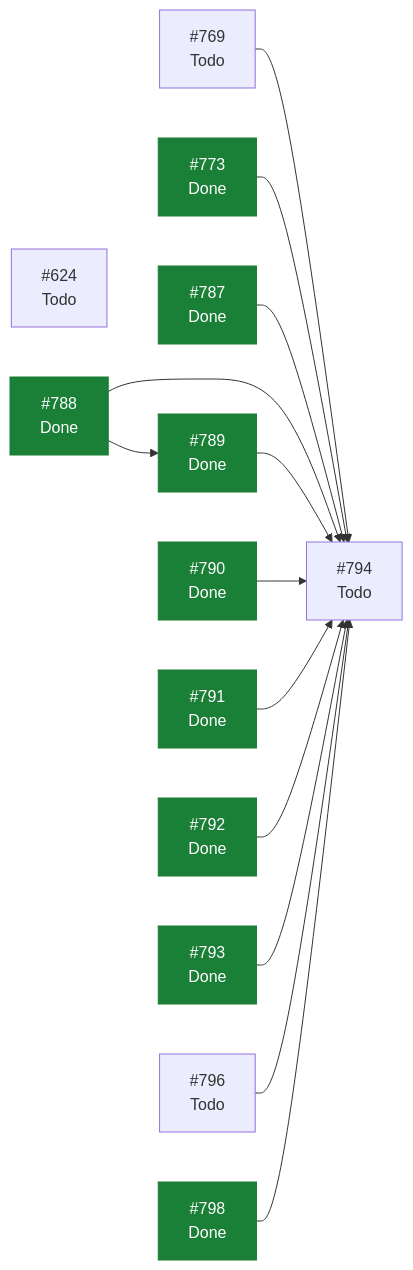
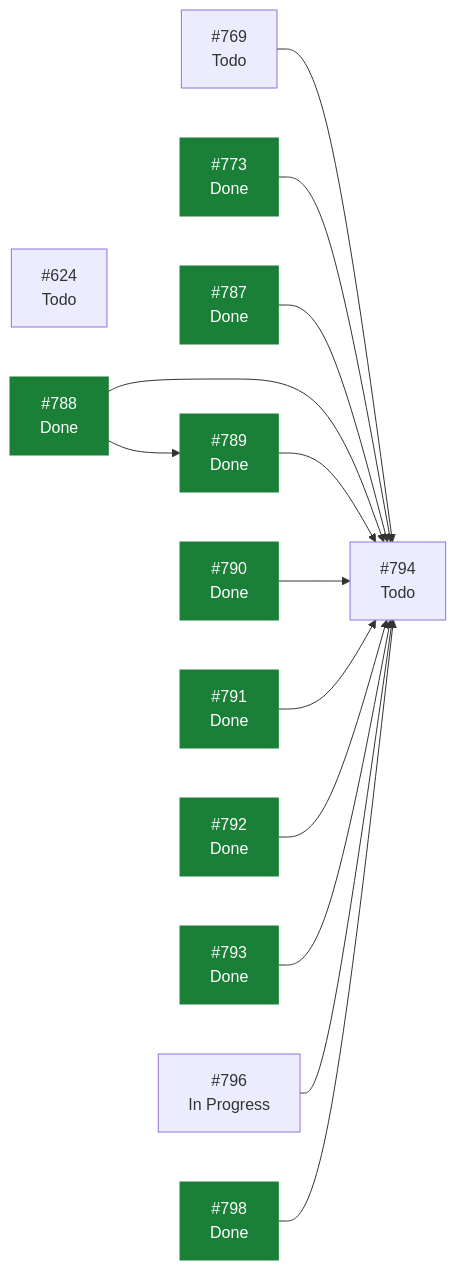
One commit to ecamp0s/evault changed the diagram in docs/planning/STATUS.md. Above: the diagram before and after it, drawn with Mermaid. The commit also changed other lines of this file, not shown here.

````diff
--- a/docs/planning/STATUS.md
+++ b/docs/planning/STATUS.md
@@ -91,30 +91,30 @@
 ```mermaid
 graph LR
   I624["#624<br/>Todo"]
   I769["#769<br/>Todo"]
   I773["#773<br/>Done"]
   I787["#787<br/>Done"]
   I788["#788<br/>Done"]
   I789["#789<br/>Done"]
   I790["#790<br/>Done"]
   I791["#791<br/>Done"]
   I792["#792<br/>Done"]
   I793["#793<br/>Done"]
   I794["#794<br/>Todo"]
-  I796["#796<br/>Todo"]
+  I796["#796<br/>In Progress"]
   I798["#798<br/>Done"]
   I769 --> I794
   I773 --> I794
   I787 --> I794
   I788 --> I789
   I788 --> I794
   I789 --> I794
   I790 --> I794
   I791 --> I794
   I792 --> I794
   I793 --> I794
   I796 --> I794
   I798 --> I794
   classDef hecho fill:#1a7f37,stroke:#1a7f37,color:#fff;
   class I773,I787,I788,I789,I790,I791,I792,I793,I798 hecho;
 ```
````
